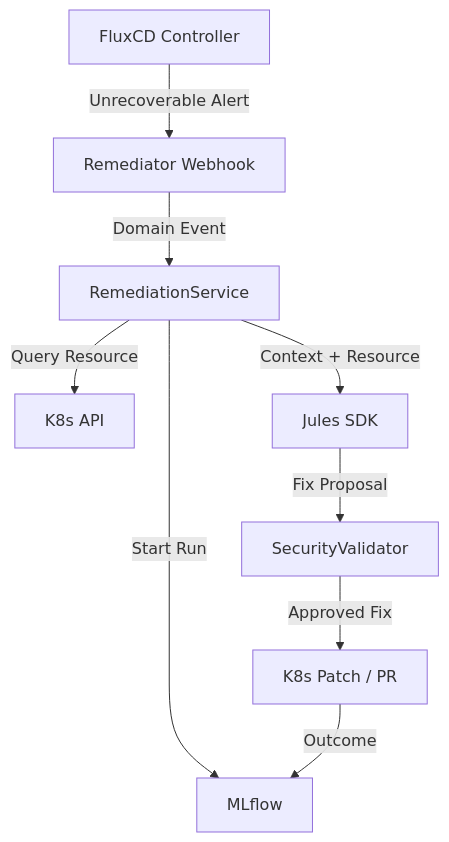
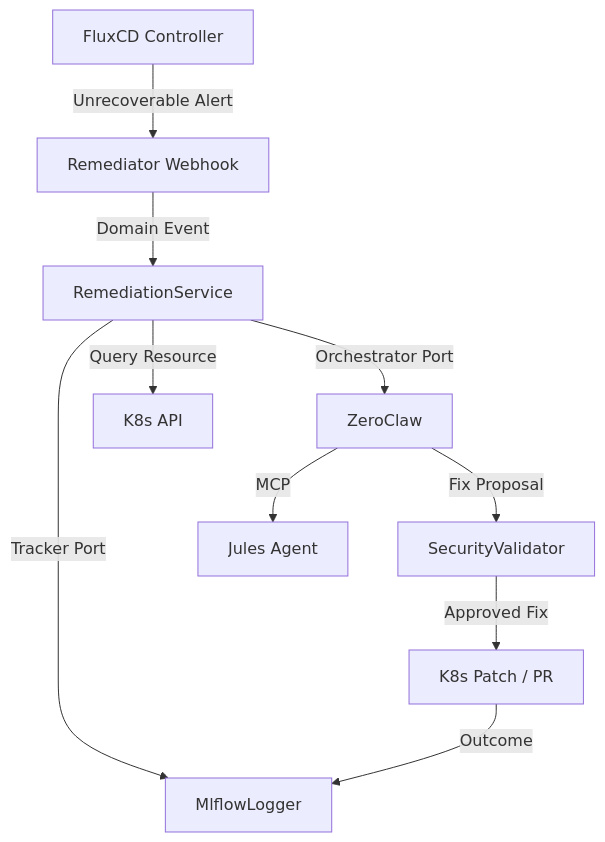
Before and after one commit to lgcorzo/Jules_remediator: the diagram in wiki/Data_Architecture.md, drawn with Mermaid. The commit also changed other lines of this file and 3 other files, not shown here.

````diff
--- a/wiki/Data_Architecture.md
+++ b/wiki/Data_Architecture.md
@@ -16,11 +16,12 @@
 ```mermaid
 graph TD
     A[FluxCD Controller] -->|Unrecoverable Alert| B[Remediator Webhook]
     B -->|Domain Event| C[RemediationService]
-    C -->|Start Run| D[MLflow]
+    C -->|Tracker Port| D[MlflowLogger]
     C -->|Query Resource| E[K8s API]
-    C -->|Context + Resource| F[Jules SDK]
+    C -->|Orchestrator Port| F[ZeroClaw]
+    F -->|MCP| J[Jules Agent]
     F -->|Fix Proposal| G[SecurityValidator]
     G -->|Approved Fix| H[K8s Patch / PR]
     H -->|Outcome| D
 ```
````
